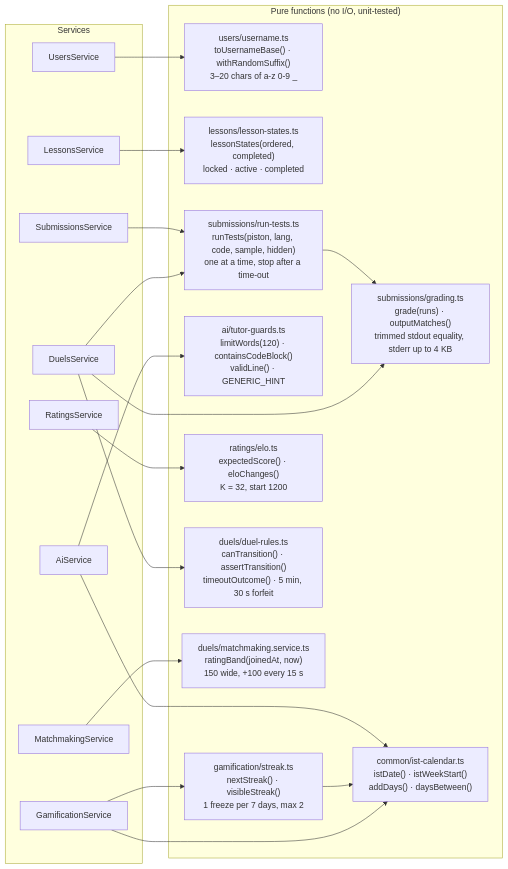
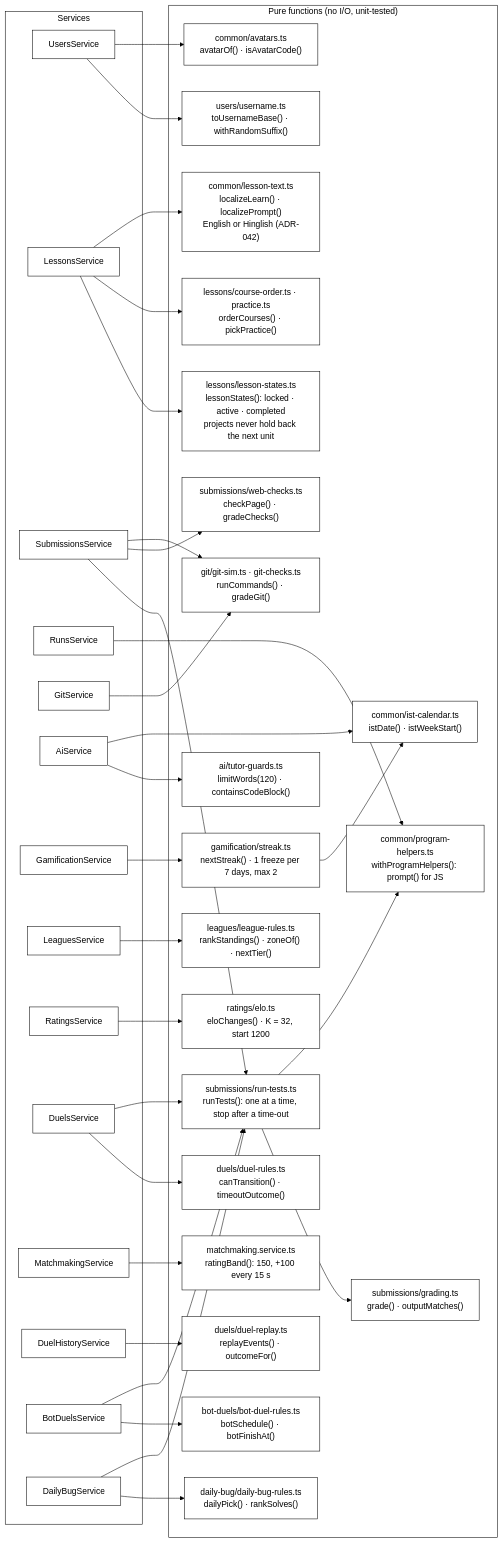
The ninth of 14 diagrams in docs/diagrams/architecture.md (Hritik-sharmaa/loophole), drawn with Mermaid before and after one commit. The commit also changed other lines of this file and 4 other files, not shown here.

Commit message:
docs: add architecture and system design diagrams with documentation

````diff
--- a/docs/diagrams/architecture.md
+++ b/docs/diagrams/architecture.md
@@ -626,39 +734,68 @@
 ```mermaid
+%%{init: {"theme": "base", "themeVariables": {"background": "#ffffff", "primaryColor": "#ffffff", "primaryTextColor": "#000000", "primaryBorderColor": "#000000", "secondaryColor": "#ffffff", "tertiaryColor": "#ffffff", "lineColor": "#000000", "textColor": "#000000", "mainBkg": "#ffffff", "nodeBorder": "#000000", "clusterBkg": "#ffffff", "clusterBorder": "#000000", "edgeLabelBackground": "#ffffff", "titleColor": "#000000"}}}%%
 flowchart LR
     subgraph services["Services"]
         sUsers[UsersService]
         sLessons[LessonsService]
         sSub[SubmissionsService]
+        sRuns[RunsService]
+        sGit[GitService]
         sAi[AiService]
         sGam[GamificationService]
+        sLeague[LeaguesService]
         sRat[RatingsService]
         sDuels[DuelsService]
         sMatch[MatchmakingService]
+        sHist[DuelHistoryService]
+        sBots[BotDuelsService]
+        sDaily[DailyBugService]
     end
 
     subgraph rules["Pure functions (no I/O, unit-tested)"]
-        username["users/username.ts<br/>toUsernameBase() · withRandomSuffix()<br/>3–20 chars of a-z 0-9 _"]
-        lstates["lessons/lesson-states.ts<br/>lessonStates(ordered, completed)<br/>locked · active · completed"]
-        runtests["submissions/run-tests.ts<br/>runTests(piston, lang, code, sample, hidden)<br/>one at a time, stop after a time-out"]
-        grading["submissions/grading.ts<br/>grade(runs) · outputMatches()<br/>trimmed stdout equality, stderr up to 4 KB"]
-        guards["ai/tutor-guards.ts<br/>limitWords(120) · containsCodeBlock()<br/>validLine() · GENERIC_HINT"]
-        streak["gamification/streak.ts<br/>nextStreak() · visibleStreak()<br/>1 freeze per 7 days, max 2"]
-        ist["common/ist-calendar.ts<br/>istDate() · istWeekStart()<br/>addDays() · daysBetween()"]
-        elo["ratings/elo.ts<br/>expectedScore() · eloChanges()<br/>K = 32, start 1200"]
-        drules["duels/duel-rules.ts<br/>canTransition() · assertTransition()<br/>timeoutOutcome() · 5 min, 30 s forfeit"]
-        band["duels/matchmaking.service.ts<br/>ratingBand(joinedAt, now)<br/>150 wide, +100 every 15 s"]
+        username["users/username.ts<br/>toUsernameBase() · withRandomSuffix()"]
+        lstates["lessons/lesson-states.ts<br/>lessonStates(): locked · active · completed<br/>projects never hold back the next unit"]
+        corder["lessons/course-order.ts · practice.ts<br/>orderCourses() · pickPractice()"]
+        text["common/lesson-text.ts<br/>localizeLearn() · localizePrompt()<br/>English or Hinglish (ADR-042)"]
+        runtests["submissions/run-tests.ts<br/>runTests(): one at a time, stop after a time-out"]
+        grading["submissions/grading.ts<br/>grade() · outputMatches()"]
+        web["submissions/web-checks.ts<br/>checkPage() · gradeChecks()"]
+        helpers["common/program-helpers.ts<br/>withProgramHelpers(): prompt() for JS"]
+        git["git/git-sim.ts · git-checks.ts<br/>runCommands() · gradeGit()"]
+        guards["ai/tutor-guards.ts<br/>limitWords(120) · containsCodeBlock()"]
+        streak["gamification/streak.ts<br/>nextStreak() · 1 freeze per 7 days, max 2"]
+        ist["common/ist-calendar.ts<br/>istDate() · istWeekStart()"]
+        league["leagues/league-rules.ts<br/>rankStandings() · zoneOf() · nextTier()"]
+        elo["ratings/elo.ts<br/>eloChanges() · K = 32, start 1200"]
+        drules["duels/duel-rules.ts<br/>canTransition() · timeoutOutcome()"]
+        band["matchmaking.service.ts<br/>ratingBand(): 150, +100 every 15 s"]
+        replay["duels/duel-replay.ts<br/>replayEvents() · outcomeFor()"]
+        bot["bot-duels/bot-duel-rules.ts<br/>botSchedule() · botFinishAt()"]
+        daily["daily-bug/daily-bug-rules.ts<br/>dailyPick() · rankSolves()"]
+        avatars["common/avatars.ts<br/>avatarOf() · isAvatarCode()"]
     end
 
     sUsers --> username
+    sUsers --> avatars
     sLessons --> lstates
+    sLessons --> corder
+    sLessons --> text
     sSub --> runtests --> grading
-    sDuels --> runtests
-    sDuels --> grading
+    sSub --> web
+    sSub --> git
+    sRuns --> helpers
+    runtests --> helpers
+    sGit --> git
     sAi --> guards
     sAi --> ist
     sGam --> streak --> ist
-    sGam --> ist
+    sLeague --> league
     sRat --> elo
     sDuels --> drules
+    sDuels --> runtests
     sMatch --> band
+    sHist --> replay
+    sBots --> bot
+    sBots --> runtests
+    sDaily --> daily
+    sDaily --> runtests
 ```
````
